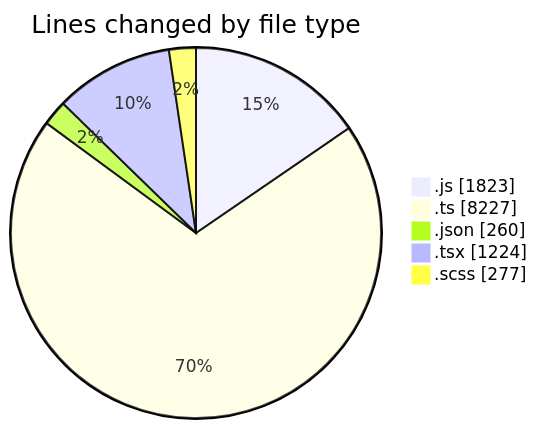
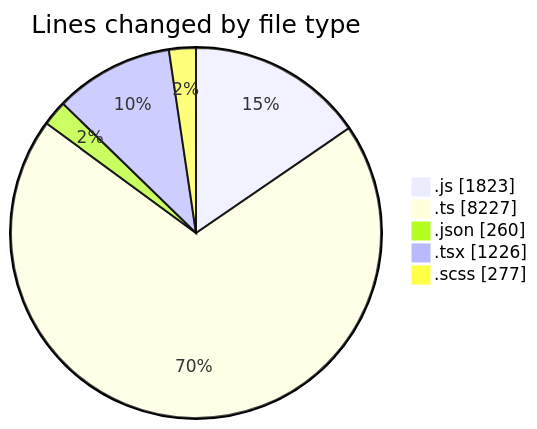
One commit to momahboobian/code-tracking changed the first of 2 diagrams in 2026-04-08/cda/README.md. Above: the diagram before and after it, drawn with Mermaid. The commit also changed other lines of this file and 1 other file, not shown here.

````diff
--- a/2026-04-08/cda/README.md
+++ b/2026-04-08/cda/README.md
@@ -35,9 +35,9 @@
 ```mermaid
 pie showData
 title Lines changed by file type
 ".js" : 1823
 ".ts" : 8227
 ".json" : 260
-".tsx" : 1224
+".tsx" : 1226
 ".scss" : 277
 ```
````
